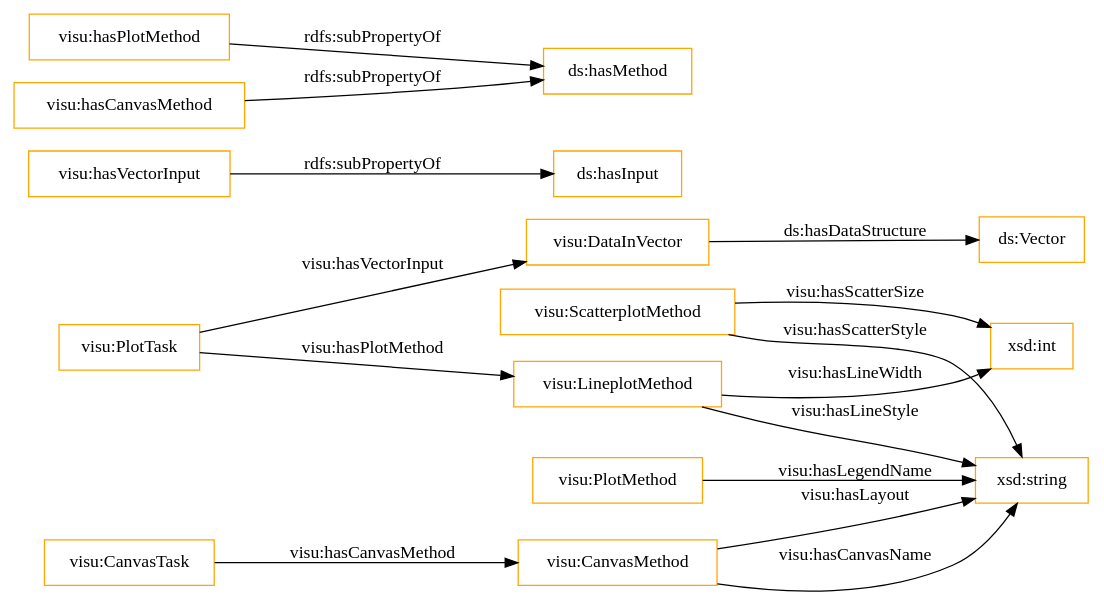
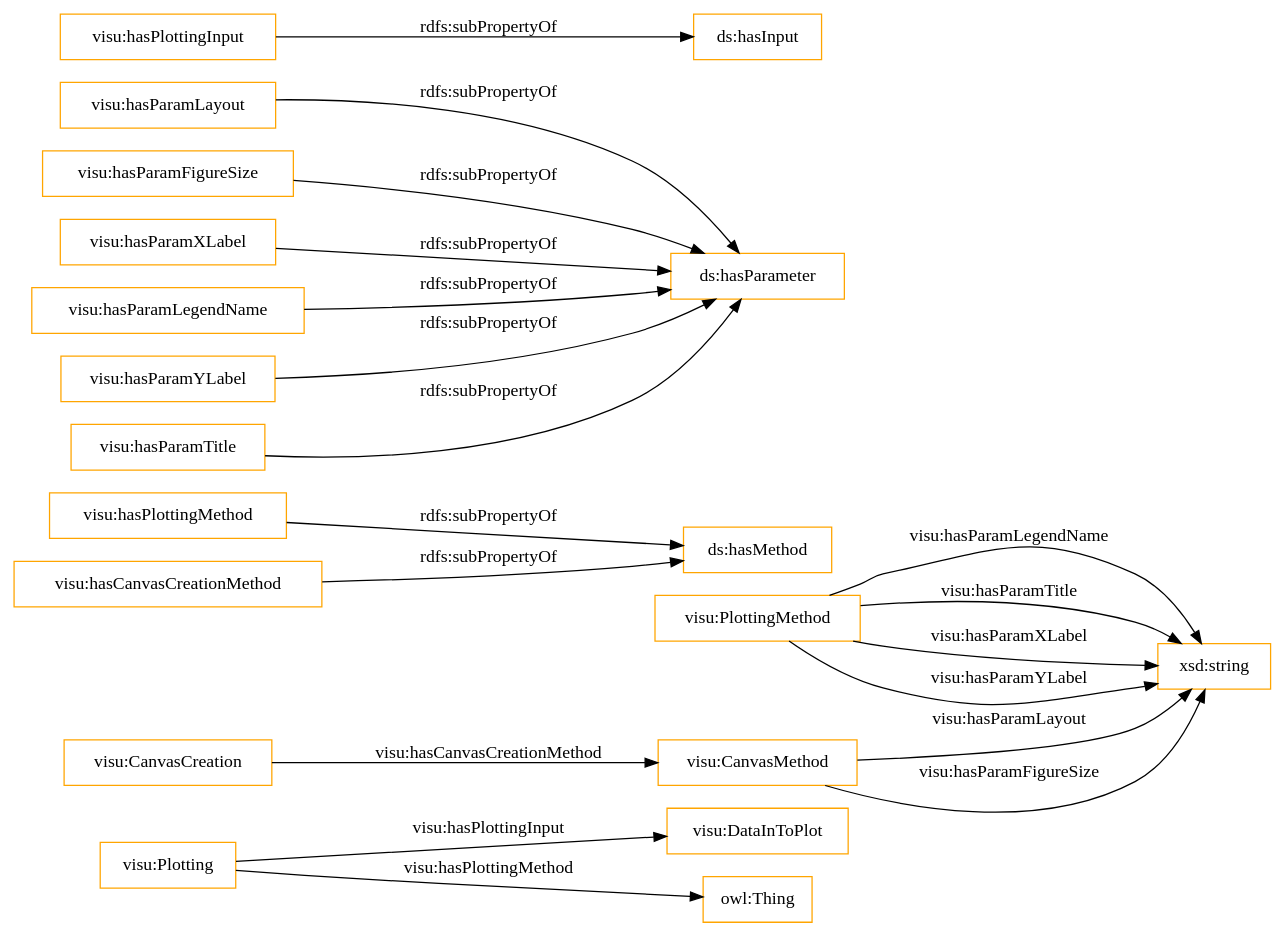
Before and after one commit to nsai-uio/ExeKGOntology: the diagram in OnToology/visu_exeKGOntology.ttl/diagrams/ar2dtool-class/visu_exeKGOntology.ttl.png.dot, drawn with Graphviz. The commit also changed 987 other files, not shown here.

```diff
--- a/OnToology/visu_exeKGOntology.ttl/diagrams/ar2dtool-class/visu_exeKGOntology.ttl.png.dot
+++ b/OnToology/visu_exeKGOntology.ttl/diagrams/ar2dtool-class/visu_exeKGOntology.ttl.png.dot
@@ -1,20 +1,24 @@
 digraph ar2dtool_diagram { 
 rankdir=LR;
 size="1501"
-node [shape = rectangle, color="orange"]; "visu:DataInVector" "visu:ScatterplotMethod" "visu:LineplotMethod" "visu:PlotTask" "visu:PlotMethod" "visu:CanvasTask" "visu:CanvasMethod" ; /*classes style*/
-	"visu:hasVectorInput" -> "ds:hasInput" [ label = "rdfs:subPropertyOf" ];
-	"visu:hasPlotMethod" -> "ds:hasMethod" [ label = "rdfs:subPropertyOf" ];
-	"visu:DataInVector" -> "ds:Vector" [ label = "ds:hasDataStructure" ];
-	"visu:hasCanvasMethod" -> "ds:hasMethod" [ label = "rdfs:subPropertyOf" ];
-	"visu:LineplotMethod" -> "xsd:string" [ label = "visu:hasLineStyle" ];
-	"visu:ScatterplotMethod" -> "xsd:string" [ label = "visu:hasScatterStyle" ];
-	"visu:PlotTask" -> "visu:DataInVector" [ label = "visu:hasVectorInput" ];
-	"visu:PlotTask" -> "visu:LineplotMethod" [ label = "visu:hasPlotMethod" ];
-	"visu:ScatterplotMethod" -> "xsd:int" [ label = "visu:hasScatterSize" ];
-	"visu:CanvasMethod" -> "xsd:string" [ label = "visu:hasLayout" ];
-	"visu:CanvasTask" -> "visu:CanvasMethod" [ label = "visu:hasCanvasMethod" ];
-	"visu:CanvasMethod" -> "xsd:string" [ label = "visu:hasCanvasName" ];
-	"visu:LineplotMethod" -> "xsd:int" [ label = "visu:hasLineWidth" ];
-	"visu:PlotMethod" -> "xsd:string" [ label = "visu:hasLegendName" ];
+node [shape = rectangle, color="orange"]; "visu:DataInToPlot" "visu:PlottingMethod" "visu:CanvasCreation" "visu:CanvasMethod" "visu:Plotting" ; /*classes style*/
+	"visu:hasPlottingMethod" -> "ds:hasMethod" [ label = "rdfs:subPropertyOf" ];
+	"visu:hasCanvasCreationMethod" -> "ds:hasMethod" [ label = "rdfs:subPropertyOf" ];
+	"visu:hasParamLayout" -> "ds:hasParameter" [ label = "rdfs:subPropertyOf" ];
+	"visu:hasPlottingInput" -> "ds:hasInput" [ label = "rdfs:subPropertyOf" ];
+	"visu:hasParamFigureSize" -> "ds:hasParameter" [ label = "rdfs:subPropertyOf" ];
+	"visu:hasParamXLabel" -> "ds:hasParameter" [ label = "rdfs:subPropertyOf" ];
+	"visu:hasParamLegendName" -> "ds:hasParameter" [ label = "rdfs:subPropertyOf" ];
+	"visu:hasParamYLabel" -> "ds:hasParameter" [ label = "rdfs:subPropertyOf" ];
+	"visu:hasParamTitle" -> "ds:hasParameter" [ label = "rdfs:subPropertyOf" ];
+	"visu:CanvasMethod" -> "xsd:string" [ label = "visu:hasParamLayout" ];
+	"visu:PlottingMethod" -> "xsd:string" [ label = "visu:hasParamLegendName" ];
+	"visu:PlottingMethod" -> "xsd:string" [ label = "visu:hasParamTitle" ];
+	"visu:CanvasMethod" -> "xsd:string" [ label = "visu:hasParamFigureSize" ];
+	"visu:PlottingMethod" -> "xsd:string" [ label = "visu:hasParamXLabel" ];
+	"visu:CanvasCreation" -> "visu:CanvasMethod" [ label = "visu:hasCanvasCreationMethod" ];
+	"visu:Plotting" -> "visu:DataInToPlot" [ label = "visu:hasPlottingInput" ];
+	"visu:PlottingMethod" -> "xsd:string" [ label = "visu:hasParamYLabel" ];
+	"visu:Plotting" -> "owl:Thing" [ label = "visu:hasPlottingMethod" ];
 
 }
```
